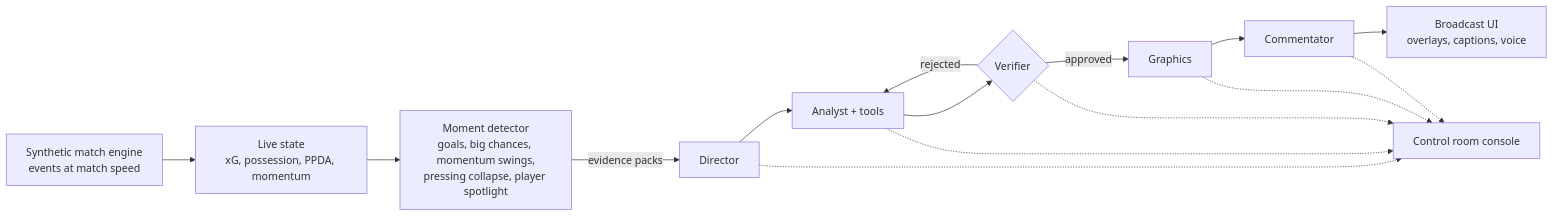
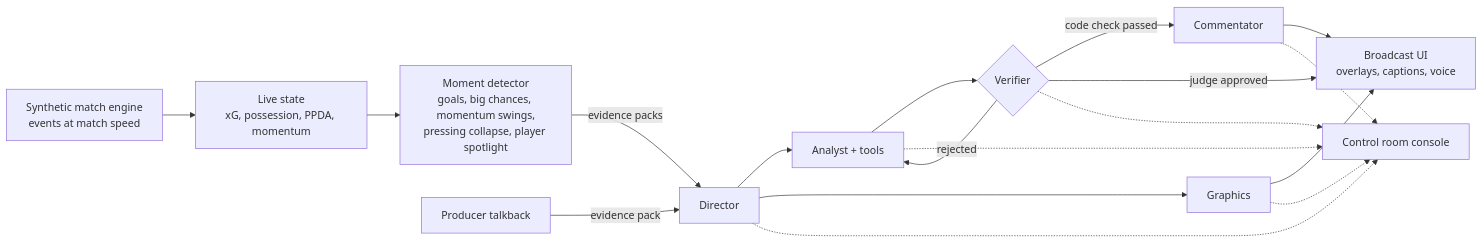
The diagram in README.md (caleblamro/gaffer-booth), drawn with Mermaid before and after one commit. The commit also changed other lines of this file and 21 other files, not shown here.

First line of the commit message:
feat: producer talkback, overlapping crew agents, v2 design mockups (#5)

````diff
--- a/README.md
+++ b/README.md
@@ -27,13 +29,16 @@
 ```mermaid
 flowchart LR
   SIM[Synthetic match engine<br/>events at match speed] --> STATE[Live state<br/>xG, possession, PPDA, momentum]
   STATE --> DET[Moment detector<br/>goals, big chances, momentum swings,<br/>pressing collapse, player spotlight]
   DET -->|evidence packs| DIR[Director]
+  PRO[Producer talkback] -->|evidence pack| DIR
   DIR --> AN[Analyst + tools]
+  DIR --> GFX[Graphics]
   AN --> VER{Verifier}
   VER -- rejected --> AN
-  VER -- approved --> GFX[Graphics]
-  GFX --> COM[Commentator]
+  VER -- code check passed --> COM[Commentator]
+  VER -- judge approved --> UI
+  GFX --> UI
   COM --> UI[Broadcast UI<br/>overlays, captions, voice]
   DIR & AN & VER & GFX & COM -.-> CR[Control room console]
 ```
````
